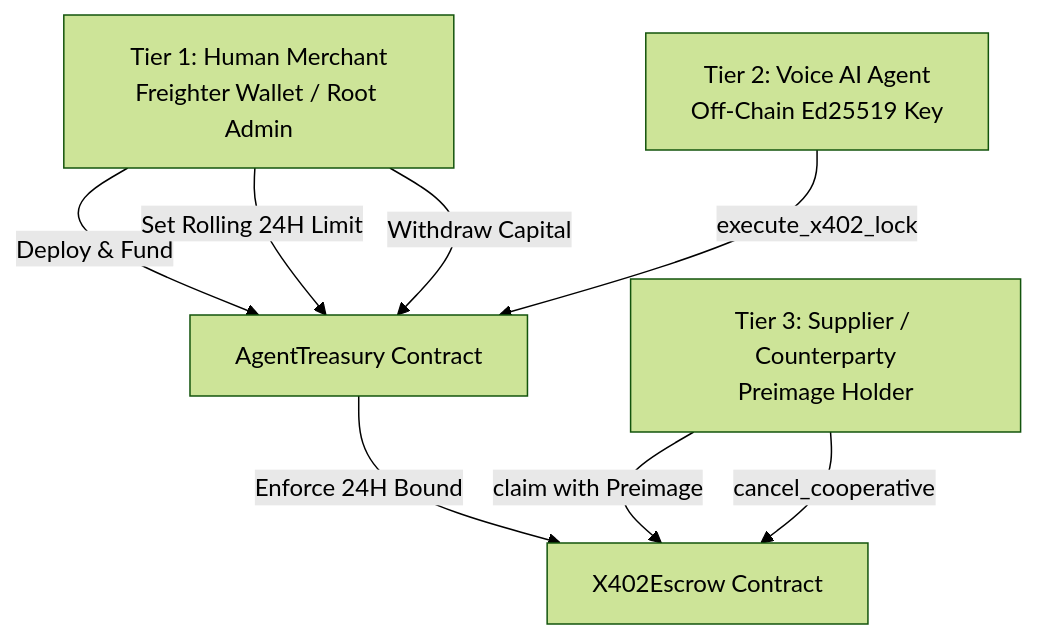
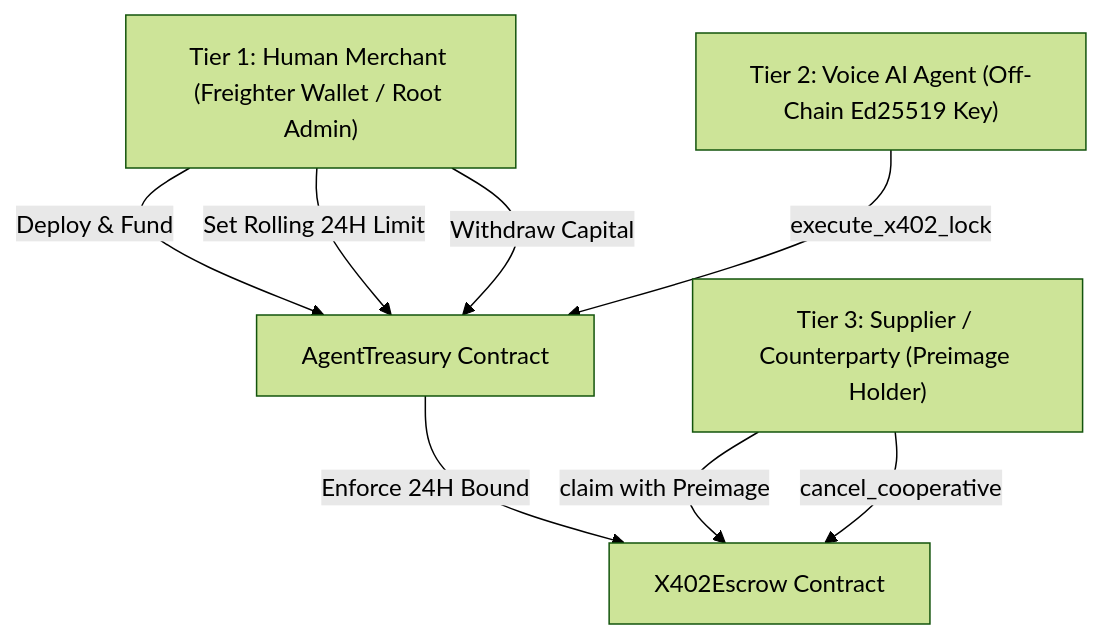
Before and after one commit to voxxtrade/voxtrade-contract: the diagram in docs/AUTH_MODEL.md, drawn with Mermaid (forest theme). The commit also changed 2 other files, not shown here.

Commit message:
fix(docs): quote Mermaid node labels and fix syntax parsing error in System Architecture diagram

````diff
--- a/docs/AUTH_MODEL.md
+++ b/docs/AUTH_MODEL.md
@@ -20,13 +20,13 @@
 ```mermaid
-graph TD
-    Human[Tier 1: Human Merchant<br/>Freighter Wallet / Root Admin] -->|Deploy & Fund| Treasury[AgentTreasury Contract]
-    Human -->|Set Rolling 24H Limit| Treasury
-    Human -->|Withdraw Capital| Treasury
+flowchart TD
+    Human["Tier 1: Human Merchant (Freighter Wallet / Root Admin)"] -->|"Deploy & Fund"| Treasury["AgentTreasury Contract"]
+    Human -->|"Set Rolling 24H Limit"| Treasury
+    Human -->|"Withdraw Capital"| Treasury
     
-    Agent[Tier 2: Voice AI Agent<br/>Off-Chain Ed25519 Key] -->|execute_x402_lock| Treasury
+    Agent["Tier 2: Voice AI Agent (Off-Chain Ed25519 Key)"] -->|"execute_x402_lock"| Treasury
     
-    Treasury -->|Enforce 24H Bound| Escrow[X402Escrow Contract]
+    Treasury -->|"Enforce 24H Bound"| Escrow["X402Escrow Contract"]
     
-    Supplier[Tier 3: Supplier / Counterparty<br/>Preimage Holder] -->|claim with Preimage| Escrow
-    Supplier -->|cancel_cooperative| Escrow
+    Supplier["Tier 3: Supplier / Counterparty (Preimage Holder)"] -->|"claim with Preimage"| Escrow
+    Supplier -->|"cancel_cooperative"| Escrow
 ```
````
